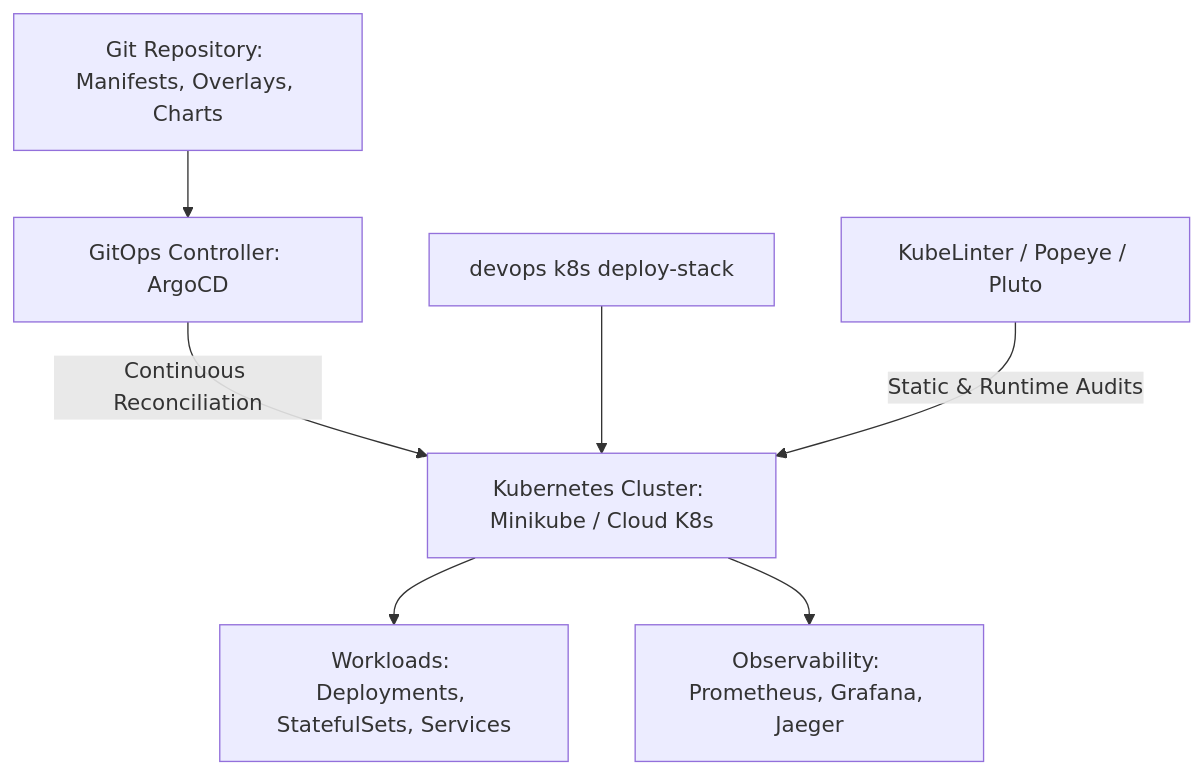
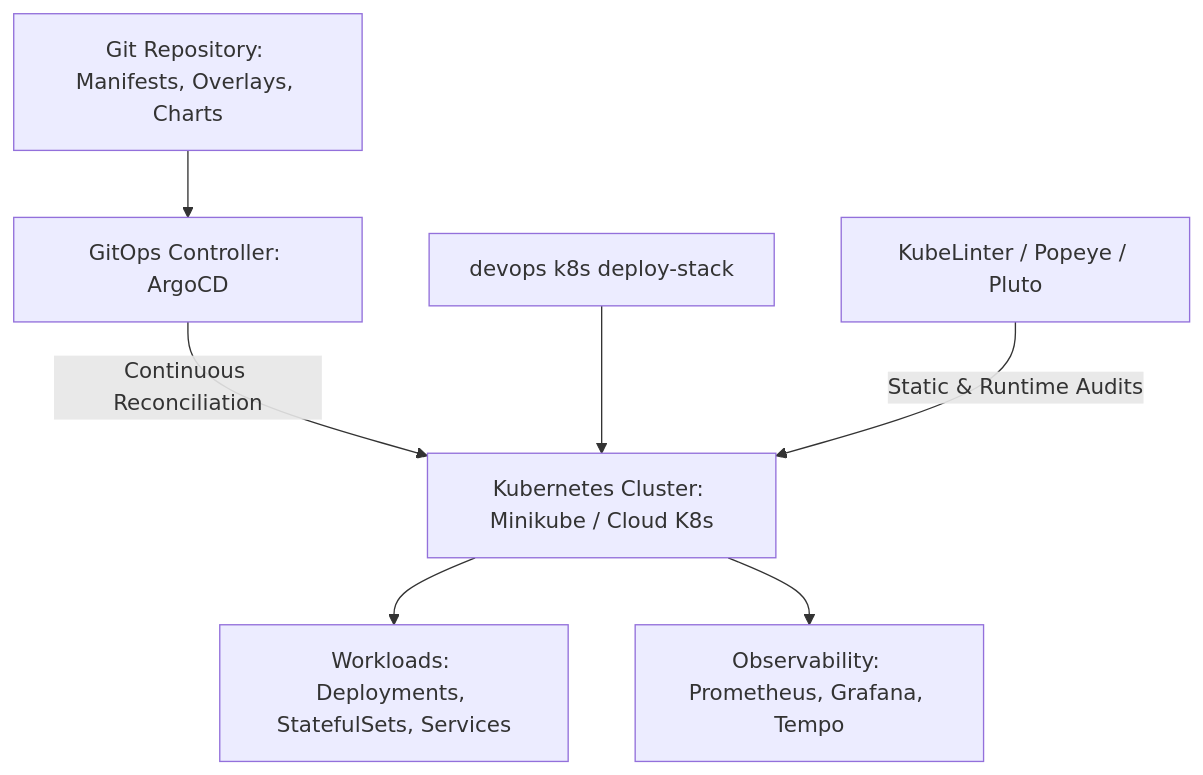
One commit to dan-petty/devops-cli changed the diagram in src/devops_cli/ai/knowledge_base/it_domains/topics/cloud_native_kubernetes_and_gitops.md. Above: the diagram before and after it, drawn with Mermaid. The commit also changed other lines of this file and 90 other files, not shown here.

````diff
--- a/src/devops_cli/ai/knowledge_base/it_domains/topics/cloud_native_kubernetes_and_gitops.md
+++ b/src/devops_cli/ai/knowledge_base/it_domains/topics/cloud_native_kubernetes_and_gitops.md
@@ -7,9 +7,9 @@
 ```mermaid
 graph TD
     A[Git Repository: Manifests, Overlays, Charts] --> B[GitOps Controller: ArgoCD]
     B -->|Continuous Reconciliation| C[Kubernetes Cluster: Minikube / Cloud K8s]
     C --> D[Workloads: Deployments, StatefulSets, Services]
-    C --> E[Observability: Prometheus, Grafana, Jaeger]
+    C --> E[Observability: Prometheus, Grafana, Tempo]
     F[devops k8s deploy-stack] --> C
     G[KubeLinter / Popeye / Pluto] -->|Static & Runtime Audits| C
 ```
````
